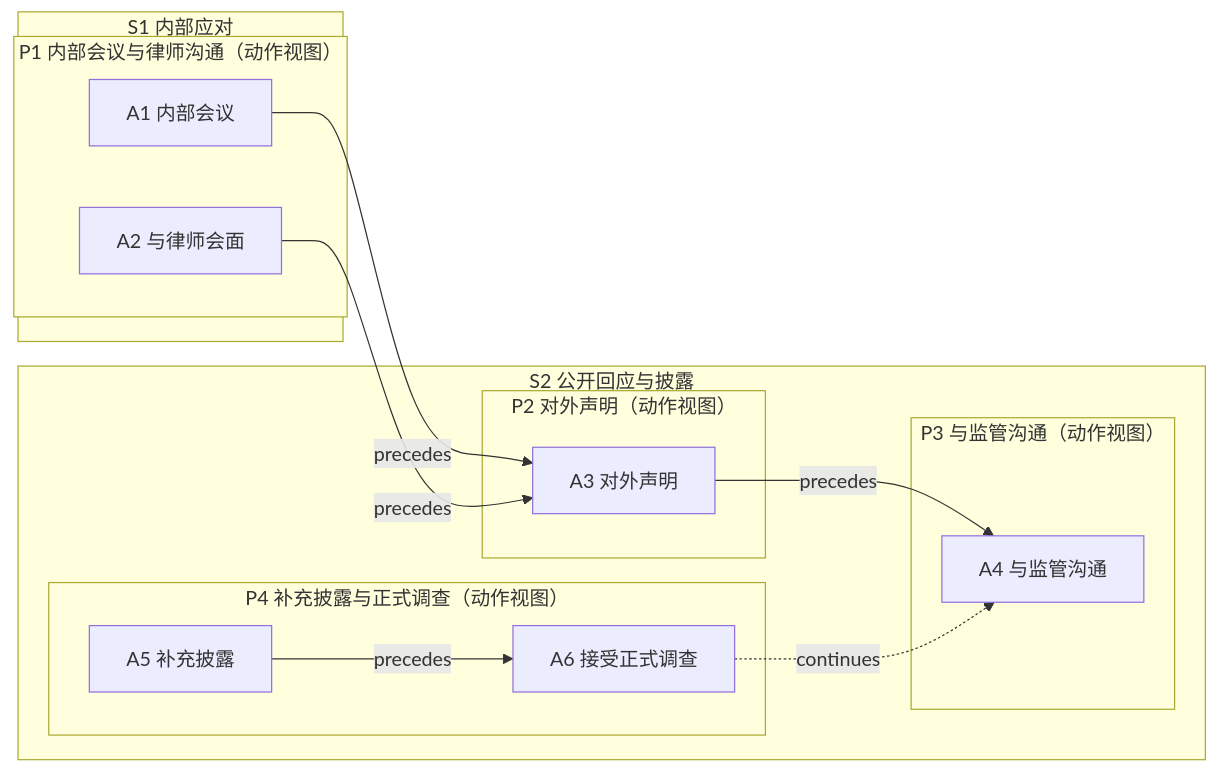
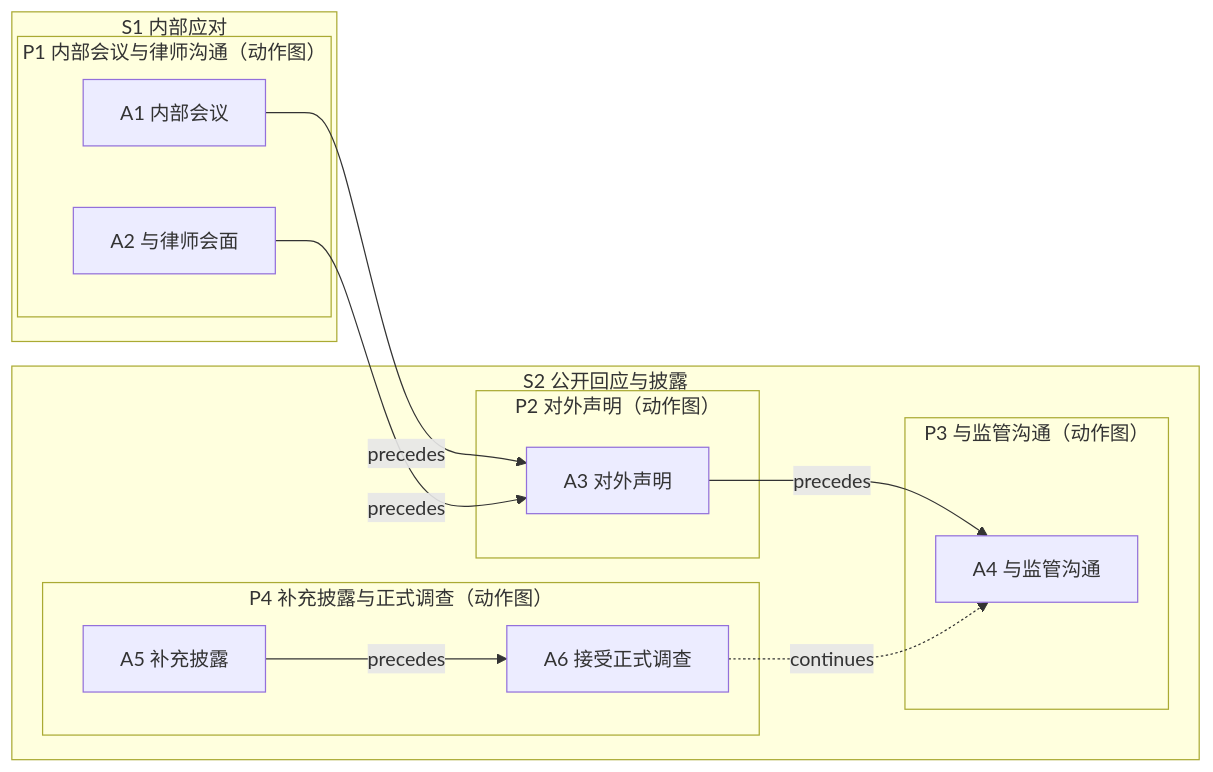
One commit to AgenticFinLab/FinMycelium changed the second of 3 diagrams in docs/structures/6-illustrative-example.md. Above: the diagram before and after it, drawn with Mermaid. The commit also changed other lines of this file and 7 other files, not shown here.

First line of the commit message:
docs: simplify to strict hierarchical action-graph composition

````diff
--- a/docs/structures/6-illustrative-example.md
+++ b/docs/structures/6-illustrative-example.md
@@ -82,26 +82,26 @@
 ```mermaid
 flowchart LR
     subgraph S1["S1 内部应对"]
-        subgraph P1["P1 内部会议与律师沟通（动作视图）"]
+        subgraph P1["P1 内部会议与律师沟通（动作图）"]
             A1["A1 内部会议"]
             A2["A2 与律师会面"]
         end
     end
     subgraph S2["S2 公开回应与披露"]
-        subgraph P2["P2 对外声明（动作视图）"]
+        subgraph P2["P2 对外声明（动作图）"]
             A3["A3 对外声明"]
         end
-        subgraph P3["P3 与监管沟通（动作视图）"]
+        subgraph P3["P3 与监管沟通（动作图）"]
             A4["A4 与监管沟通"]
         end
-        subgraph P4["P4 补充披露与正式调查（动作视图）"]
+        subgraph P4["P4 补充披露与正式调查（动作图）"]
             A5["A5 补充披露"]
             A6["A6 接受正式调查"]
         end
     end
     A1 -->|precedes| A3
     A2 -->|precedes| A3
     A3 -->|precedes| A4
     A5 -->|precedes| A6
     A6 -.->|continues| A4
 ```
````
